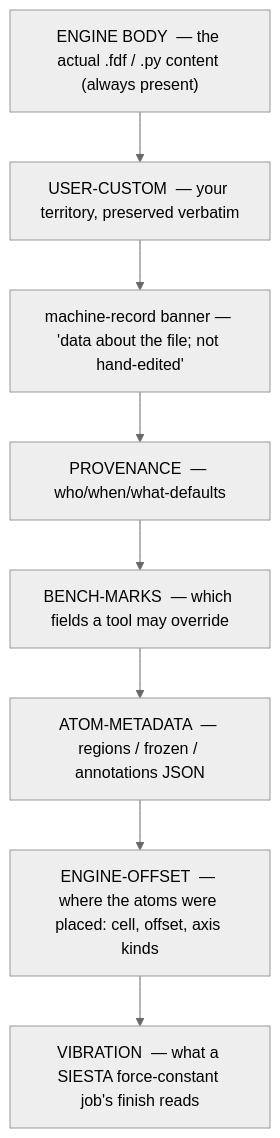
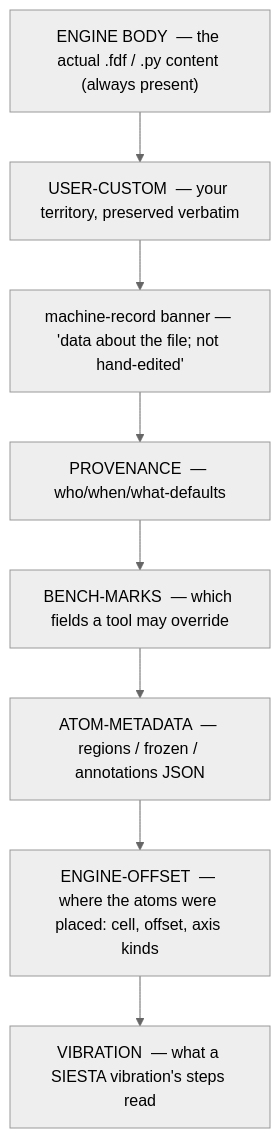
One commit to Qing-LAB/molbuilder changed the second of 3 diagrams in docs/execution/job-contracts.md. Above: the diagram before and after it, drawn with Mermaid (neutral theme). The commit also changed other lines of this file and 31 other files, not shown here.

````diff
--- a/docs/execution/job-contracts.md
+++ b/docs/execution/job-contracts.md
@@ -1141,12 +1141,12 @@
 ```mermaid
 flowchart TD
     E["ENGINE BODY  — the actual .fdf / .py content (always present)"]
     U["USER-CUSTOM  — your territory, preserved verbatim"]
     M["machine-record banner — 'data about the file; not hand-edited'"]
     P["PROVENANCE  — who/when/what-defaults"]
     B["BENCH-MARKS  — which fields a tool may override"]
     A["ATOM-METADATA  — regions / frozen / annotations JSON"]
     O["ENGINE-OFFSET  — where the atoms were placed: cell, offset, axis kinds"]
-    V["VIBRATION  — what a SIESTA force-constant job's finish reads"]
+    V["VIBRATION  — what a SIESTA vibration's steps read"]
     E --> U --> M --> P --> B --> A --> O --> V
 ```
````
